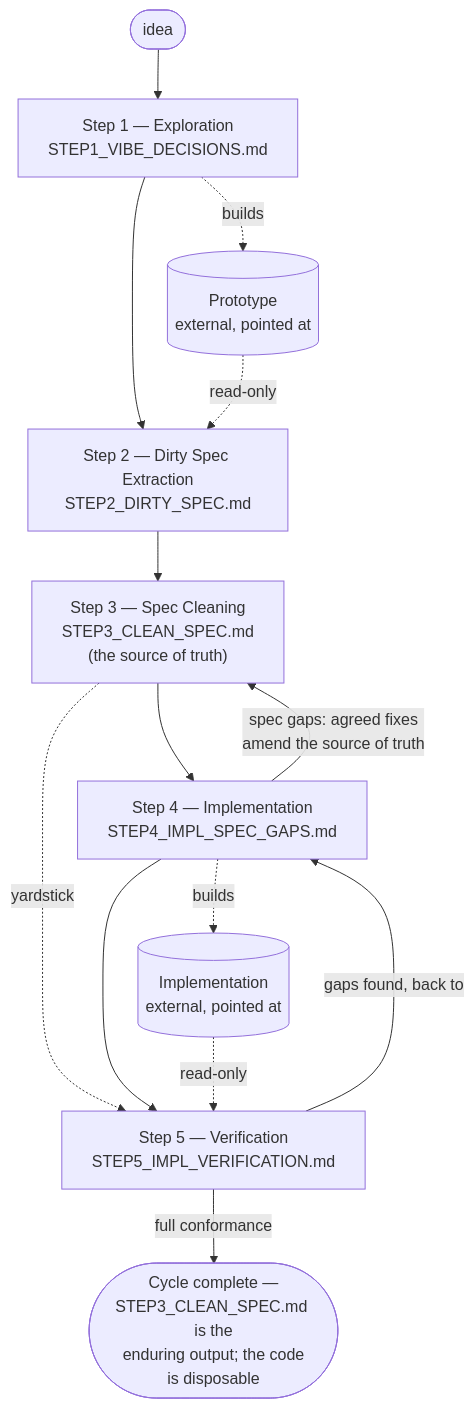
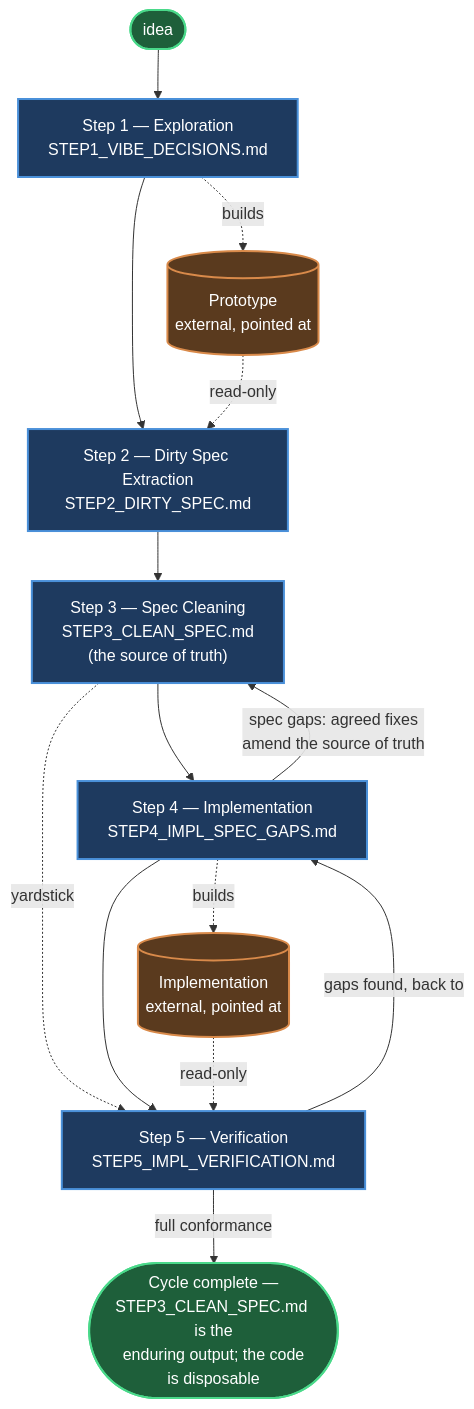
Before and after one commit to jeromeetienne/vibe_to_spec: the diagram in steps/README.md, drawn with Mermaid. The commit also changed other lines of this file and 6 other files, not shown here.

First line of the commit message:
Apply global_workflow.md's diagram color scheme to all repo diagrams, reformat session summary lines as bullet lists

````diff
--- a/steps/README.md
+++ b/steps/README.md
@@ -15,34 +15,41 @@
 ```mermaid
 flowchart TD
     Idea(["idea"]) --> Step1
 
     Step1["Step 1 — Exploration
 STEP1_VIBE_DECISIONS.md"] -.->|builds| Prototype[("Prototype
 external, pointed at")]
 
     Step1 --> Step2["Step 2 — Dirty Spec Extraction
 STEP2_DIRTY_SPEC.md"]
     Prototype -.->|read-only| Step2
 
     Step2 --> Step3["Step 3 — Spec Cleaning
 STEP3_CLEAN_SPEC.md
 (the source of truth)"]
 
     Step3 --> Step4["Step 4 — Implementation
 STEP4_IMPL_SPEC_GAPS.md"]
     Step4 -.->|builds| Implementation[("Implementation
 external, pointed at")]
     Step4 -->|"spec gaps: agreed fixes
 amend the source of truth"| Step3
 
     Step3 -.->|yardstick| Step5["Step 5 — Verification
 STEP5_IMPL_VERIFICATION.md"]
     Step4 --> Step5
     Implementation -.->|read-only| Step5
 
     Step5 -->|gaps found, back to| Step4
     Step5 -->|full conformance| Done(["Cycle complete —
 STEP3_CLEAN_SPEC.md is the
 enduring output; the code
 is disposable"])
+
+    classDef phase fill:#1e3a5f,stroke:#4a90d9,stroke-width:2px,color:#fff;
+    classDef code fill:#5a3a1e,stroke:#d98a4a,stroke-width:2px,color:#fff;
+    classDef done fill:#1e5f3a,stroke:#4ad98a,stroke-width:2px,color:#fff;
+    class Step1,Step2,Step3,Step4,Step5 phase;
+    class Prototype,Implementation code;
+    class Done,Idea done;
 ```
````
